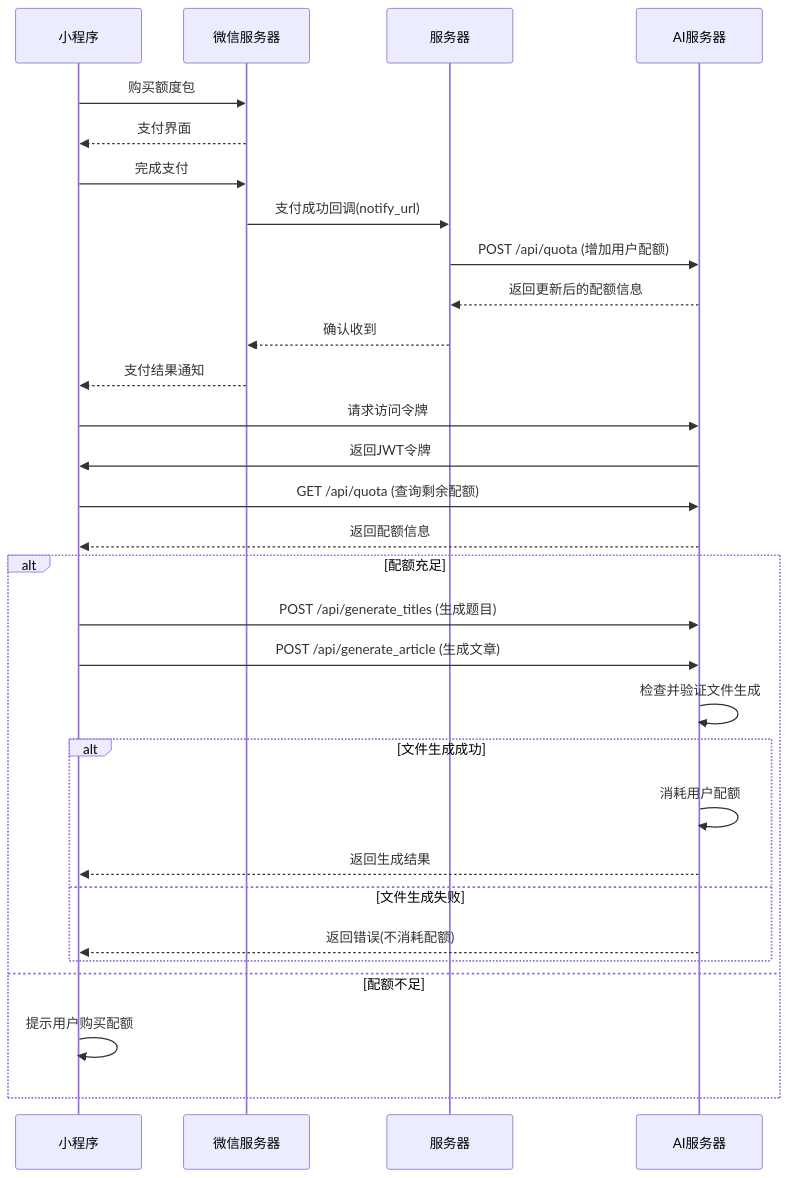
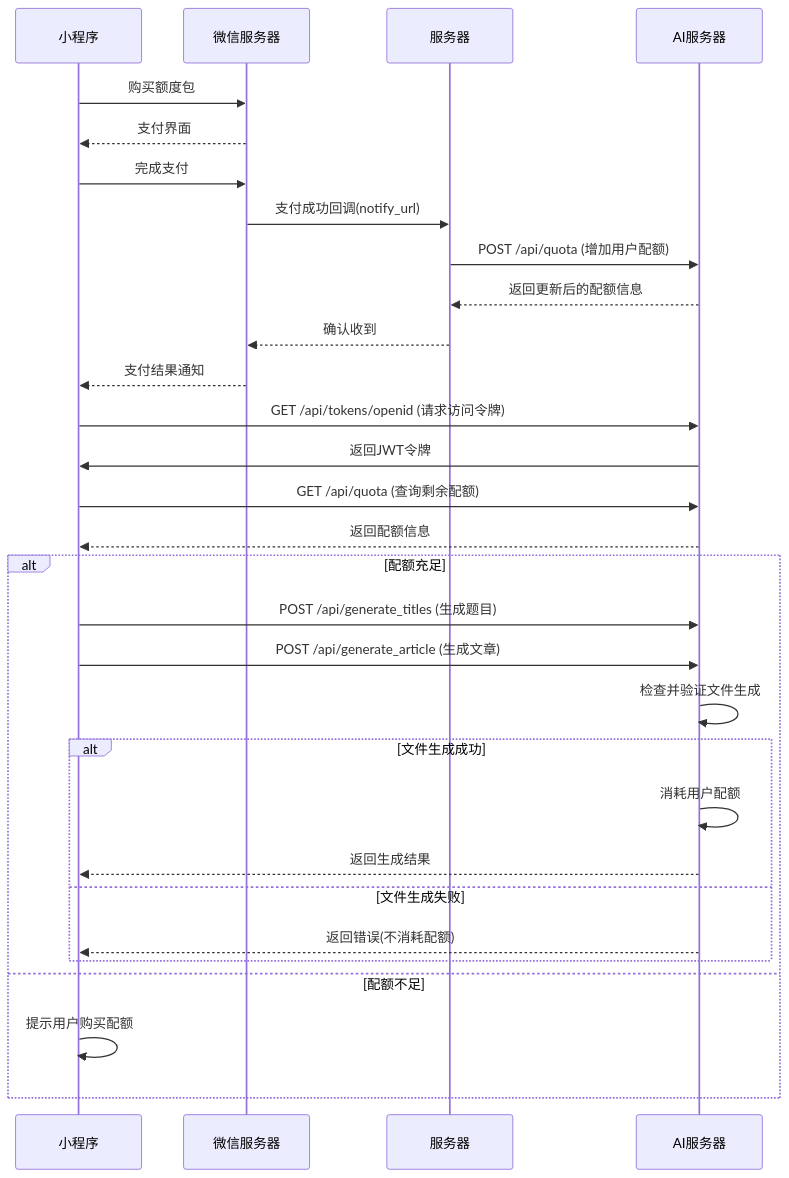
Before and after one commit to cnluocj/yilu-api: the diagram in README-quota.md, drawn with Mermaid.

````diff
--- a/README-quota.md
+++ b/README-quota.md
@@ -5,37 +5,37 @@
 ```mermaid
 sequenceDiagram
     participant 小程序
     participant 微信服务器
     participant 服务器
     participant AI服务器
 
     %% 购买额度流程
     小程序->>微信服务器: 购买额度包
     微信服务器-->>小程序: 支付界面
     小程序->>微信服务器: 完成支付
     微信服务器->>服务器: 支付成功回调(notify_url)
     服务器->>AI服务器: POST /api/quota (增加用户配额)
     AI服务器-->>服务器: 返回更新后的配额信息
     服务器-->>微信服务器: 确认收到
     微信服务器-->>小程序: 支付结果通知
 
     %% 使用服务流程
-    小程序->>AI服务器: 请求访问令牌
+    小程序->>AI服务器: GET /api/tokens/openid (请求访问令牌)
     AI服务器->>小程序: 返回JWT令牌
     小程序->>AI服务器: GET /api/quota (查询剩余配额)
     AI服务器-->>小程序: 返回配额信息
     
     alt 配额充足
     		小程序->>AI服务器: POST /api/generate_titles (生成题目)
         小程序->>AI服务器: POST /api/generate_article (生成文章)
         AI服务器->>AI服务器: 检查并验证文件生成
         alt 文件生成成功
             AI服务器->>AI服务器: 消耗用户配额
             AI服务器-->>小程序: 返回生成结果
         else 文件生成失败
             AI服务器-->>小程序: 返回错误(不消耗配额)
         end
     else 配额不足
         小程序->>小程序: 提示用户购买配额
     end
 ```
````
